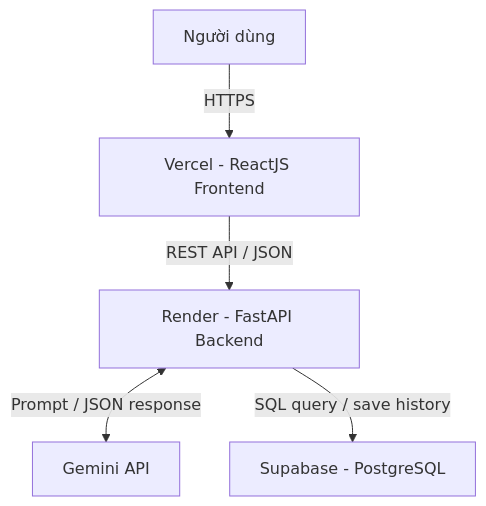
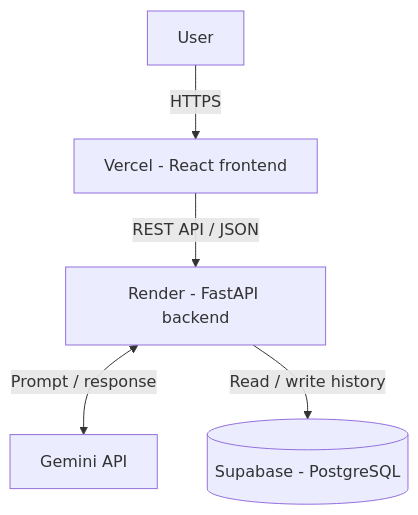
One commit to 120vey0u/AI_DEV_PLAT_FINAL_PROJECT changed the diagram in README.md. Above: the diagram before and after it, drawn with Mermaid. The commit also changed other lines of this file, not shown here.

````diff
--- a/README.md
+++ b/README.md
@@ -47,7 +16,7 @@
 ```mermaid
 flowchart TD
-    U[Người dùng] -->|HTTPS| V["Vercel - ReactJS Frontend"]
-    V -->|REST API / JSON| R["Render - FastAPI Backend"]
-    R <-->|Prompt / JSON response| G[Gemini API]
-    R -->|SQL query / save history| S["Supabase - PostgreSQL"]
+    U[User] -->|HTTPS| V["Vercel - React frontend"]
+    V -->|REST API / JSON| R["Render - FastAPI backend"]
+    R <-->|Prompt / response| G["Gemini API"]
+    R -->|Read / write history| S[("Supabase - PostgreSQL")]
 ```
````
